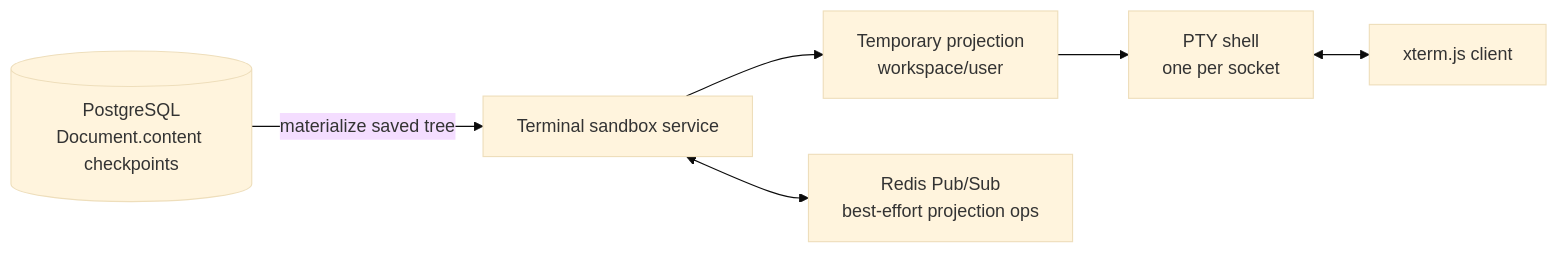
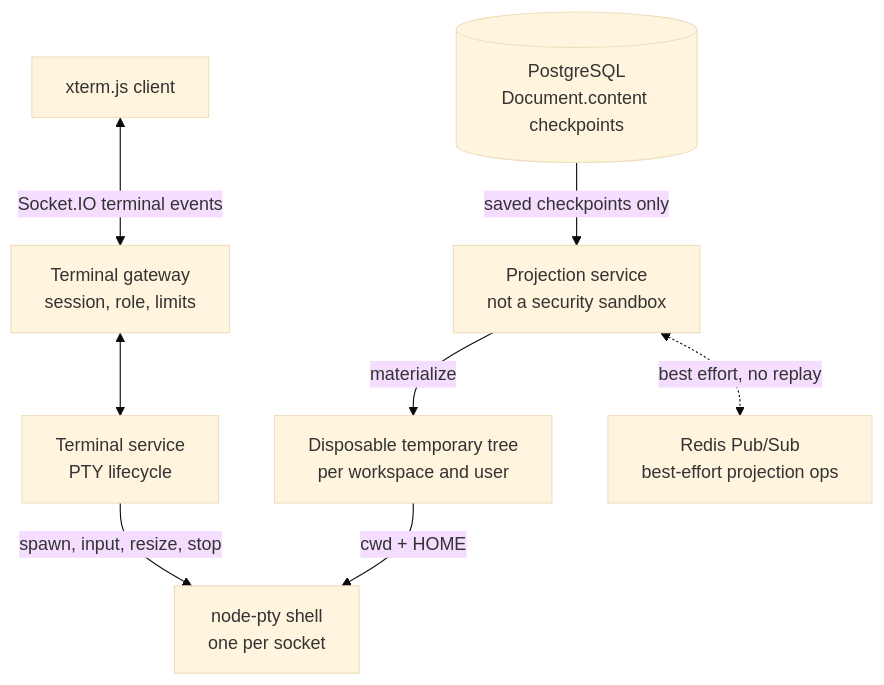
Before and after one commit to santinomarial/Meridian: the diagram in docs/explanation/terminal-execution.md, drawn with Mermaid (base theme). The commit also changed 10 other files, not shown here.

Commit message:
Redesign architecture diagrams

````diff
--- a/docs/explanation/terminal-execution.md
+++ b/docs/explanation/terminal-execution.md
@@ -13,13 +13,19 @@
 ```mermaid
-flowchart LR
+flowchart TB
+    Browser["xterm.js client"]
+    Gateway["Terminal gateway<br/>session, role, limits"]
+    Service["Terminal service<br/>PTY lifecycle"]
     DB[("PostgreSQL<br/>Document.content checkpoints")]
-    Materialize["Terminal sandbox service"]
-    Temp["Temporary projection<br/>workspace/user"]
-    PTY["PTY shell<br/>one per socket"]
-    Browser["xterm.js client"]
+    Projection["Projection service<br/>not a security sandbox"]
+    Temp["Disposable temporary tree<br/>per workspace and user"]
+    PTY["node-pty shell<br/>one per socket"]
     Redis["Redis Pub/Sub<br/>best-effort projection ops"]
 
-    DB -->|"materialize saved tree"| Materialize --> Temp
-    Temp --> PTY <--> Browser
-    Materialize <--> Redis
+    Browser <-->|"Socket.IO terminal events"| Gateway
+    Gateway <--> Service
+    Service -->|"spawn, input, resize, stop"| PTY
+    DB -->|"saved checkpoints only"| Projection
+    Projection -->|"materialize"| Temp
+    Temp -->|"cwd + HOME"| PTY
+    Projection <-.->|"best effort, no replay"| Redis
 ```
````
